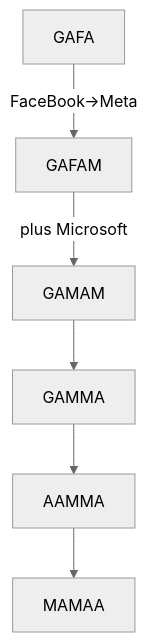
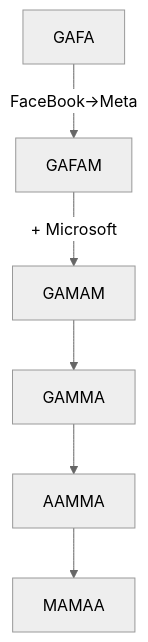
One commit to bebetakumi/mermaid changed the diagram in 遊び用/GAMMA.md. Above: the diagram before and after it, drawn with Mermaid (neutral theme).

````diff
--- a/遊び用/GAMMA.md
+++ b/遊び用/GAMMA.md
@@ -1,6 +1,6 @@
 ```mermaid
 flowchart TD
 
-GAFA -- FaceBook->Meta --> GAFAM -- plus Microsoft --> GAMAM --> GAMMA --> AAMMA --> MAMAA
+GAFA -- FaceBook->Meta --> GAFAM -- + Microsoft --> GAMAM --> GAMMA --> AAMMA --> MAMAA
 
 ```
````
